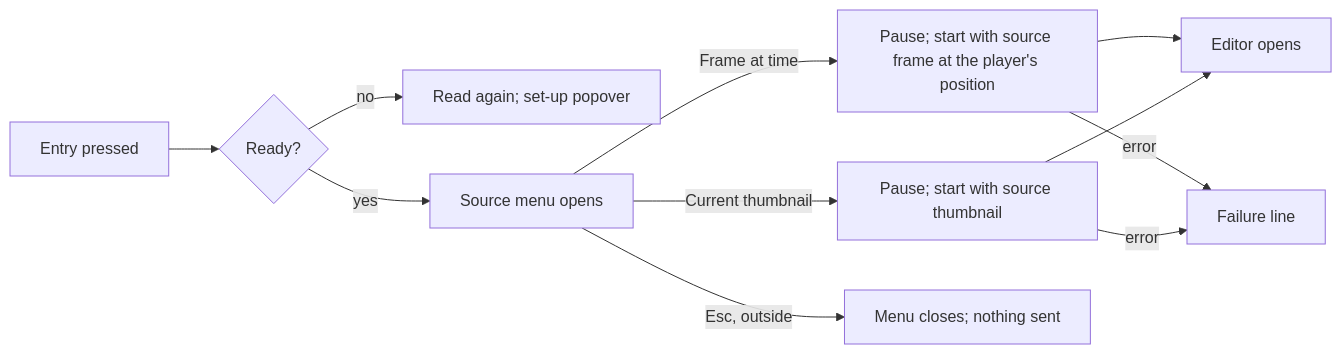
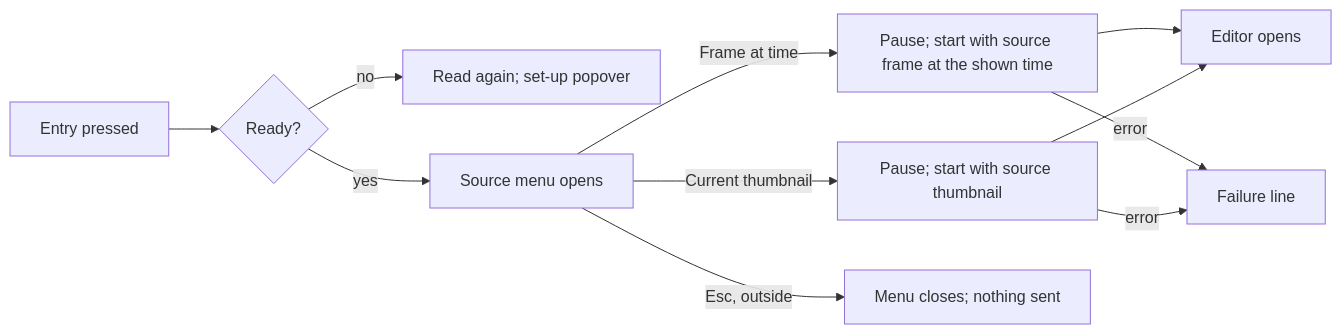
Before and after one commit to syudead/vv: the third of 3 diagrams in specs/046-thumbnail-image-upload/ui-design.md, drawn with Mermaid. The commit also changed other lines of this file and 1 other file, not shown here.

First line of the commit message:
design: label a stored-image edit from the session alone, send the frame the menu shows, and index the 046 UI design

````diff
--- a/specs/046-thumbnail-image-upload/ui-design.md
+++ b/specs/046-thumbnail-image-upload/ui-design.md
@@ -219,13 +218,13 @@
 ```mermaid
 flowchart LR
   press[Entry pressed] --> ready{Ready?}
   ready -->|no| pop[Read again; set-up popover]
   ready -->|yes| menu[Source menu opens]
-  menu -->|Frame at time| frame[Pause; start with source frame at the player's position]
+  menu -->|Frame at time| frame[Pause; start with source frame at the shown time]
   menu -->|Current thumbnail| thumb[Pause; start with source thumbnail]
   menu -->|Esc, outside| closed[Menu closes; nothing sent]
   frame --> open[Editor opens]
   thumb --> open
   frame -->|error| line[Failure line]
   thumb -->|error| line
 ```
````
